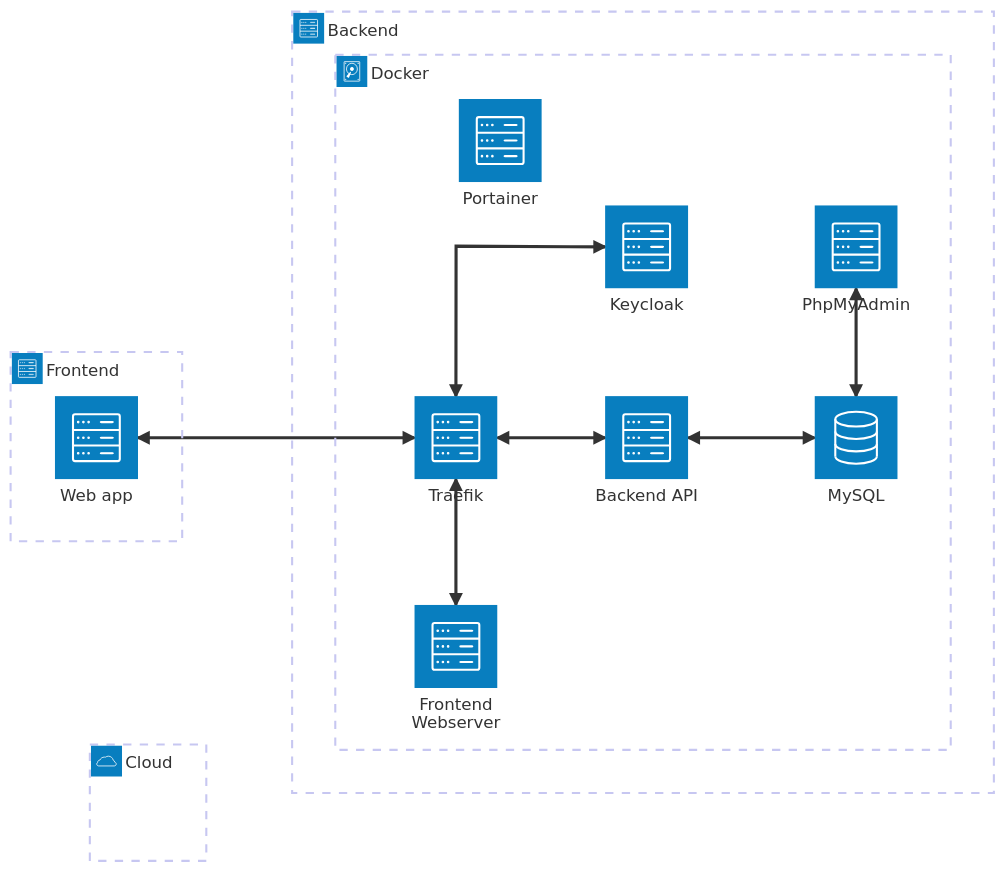
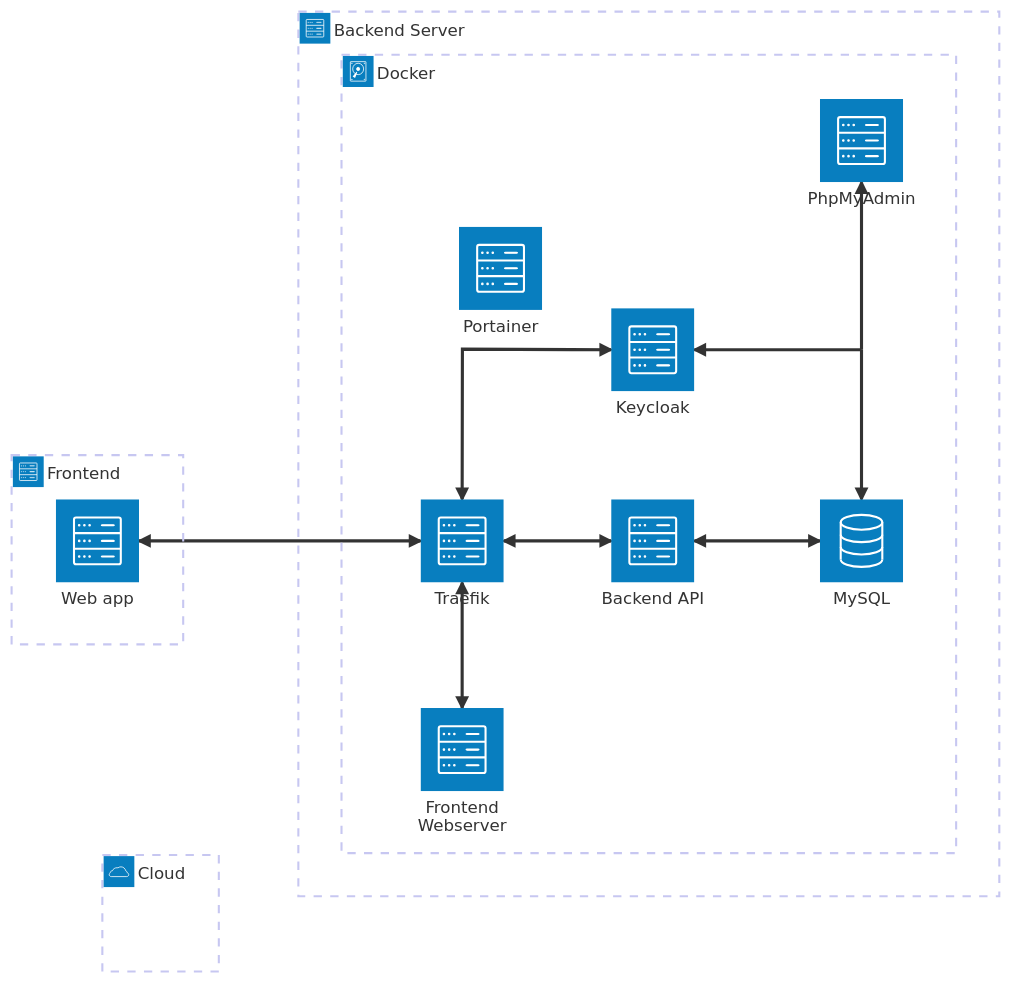
The diagram in README.md (SimonStnn/BEMED), drawn with Mermaid before and after one commit.

Commit message:
Update architecture diagram

````diff
--- a/README.md
+++ b/README.md
@@ -5,24 +5,28 @@
 ```mermaid
 architecture-beta
     group cloud(cloud)[Cloud]
 
     group frontend(server)[Frontend]
     service web(server)[Web app] in frontend
 
-    group backend(server)[Backend]
+    group backend(server)[Backend Server]
     group docker(disk)[Docker] in backend
     service db(database)[MySQL] in docker
     service keycloak(server)[Keycloak] in docker
     service api(server)[Backend API] in docker
     service webserver(server)[Frontend Webserver] in docker
     service traefik(server)[Traefik] in docker
     service portainer(server)[Portainer] in docker
     service phpmyadmin(server)[PhpMyAdmin] in docker
 
+    junction dbjunction in docker
+
     web:R <--> L:traefik
     traefik:R <--> L:api
     traefik:T <--> L:keycloak
     api:R <--> L:db
-    db:T <--> B:phpmyadmin
+    db:T <-- B:dbjunction
+    phpmyadmin:B <-- T:dbjunction
+    keycloak:R <-- L:dbjunction
     traefik:B <--> T:webserver
 ```
````
